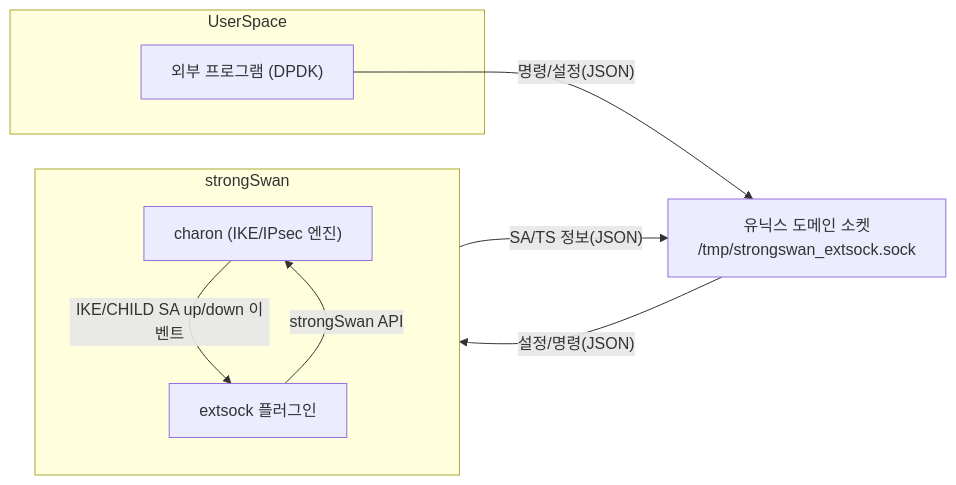
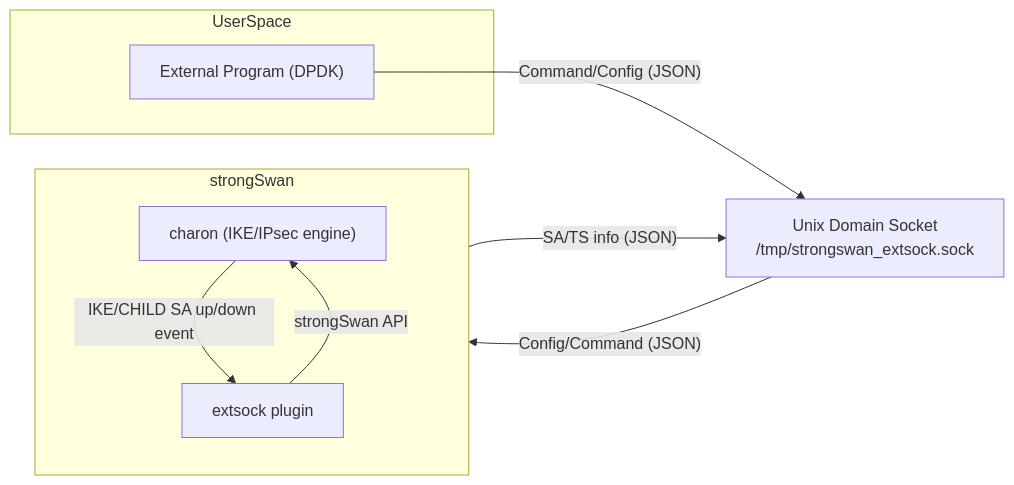
One commit to JiHuDad/strongswan changed the first of 3 diagrams in src/libcharon/plugins/extsock/Design.md. Above: the diagram before and after it, drawn with Mermaid. The commit also changed other lines of this file, not shown here.

First line of the commit message:
docs: add design diagrams for extsock plugin

````diff
--- a/src/libcharon/plugins/extsock/Design.md
+++ b/src/libcharon/plugins/extsock/Design.md
@@ -3,18 +3,19 @@
 ```mermaid
+%%{init: {'themeVariables': { 'width': '1000' }}}%%
 flowchart LR
     subgraph strongSwan
         direction TB
-        A["charon (IKE/IPsec 엔진)"]
-        B["extsock 플러그인"]
+        A["charon (IKE/IPsec engine)"]
+        B["extsock plugin"]
     end
     subgraph UserSpace
-        C["외부 프로그램 (DPDK)"]
+        C["External Program (DPDK)"]
     end
-    D["유닉스 도메인 소켓\n/tmp/strongswan_extsock.sock"]
+    D["Unix Domain Socket\n/tmp/strongswan_extsock.sock"]
 
-    A -- "IKE/CHILD SA up/down 이벤트" --> B
-    B -- "SA/TS 정보(JSON)" --> D
-    C -- "명령/설정(JSON)" --> D
-    D -- "설정/명령(JSON)" --> B
+    A -- "IKE/CHILD SA up/down event" --> B
+    B -- "SA/TS info (JSON)" --> D
+    C -- "Command/Config (JSON)" --> D
+    D -- "Config/Command (JSON)" --> B
     B -- "strongSwan API" --> A
 ```
````
